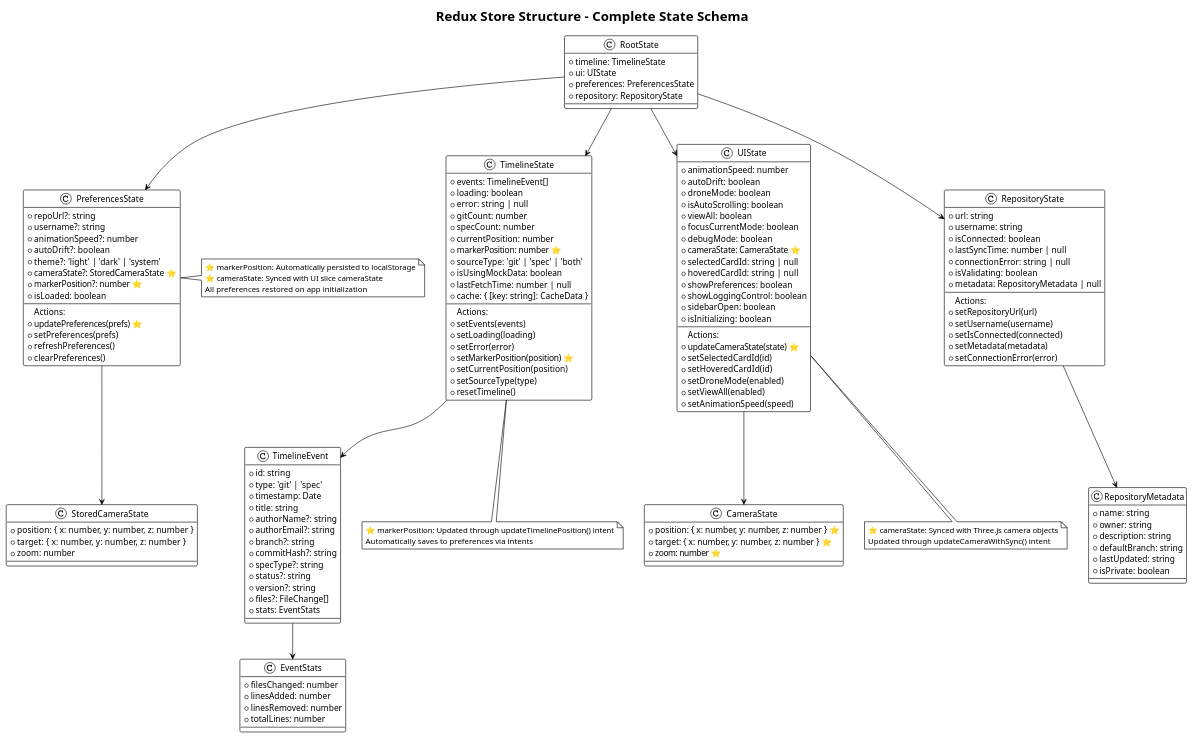
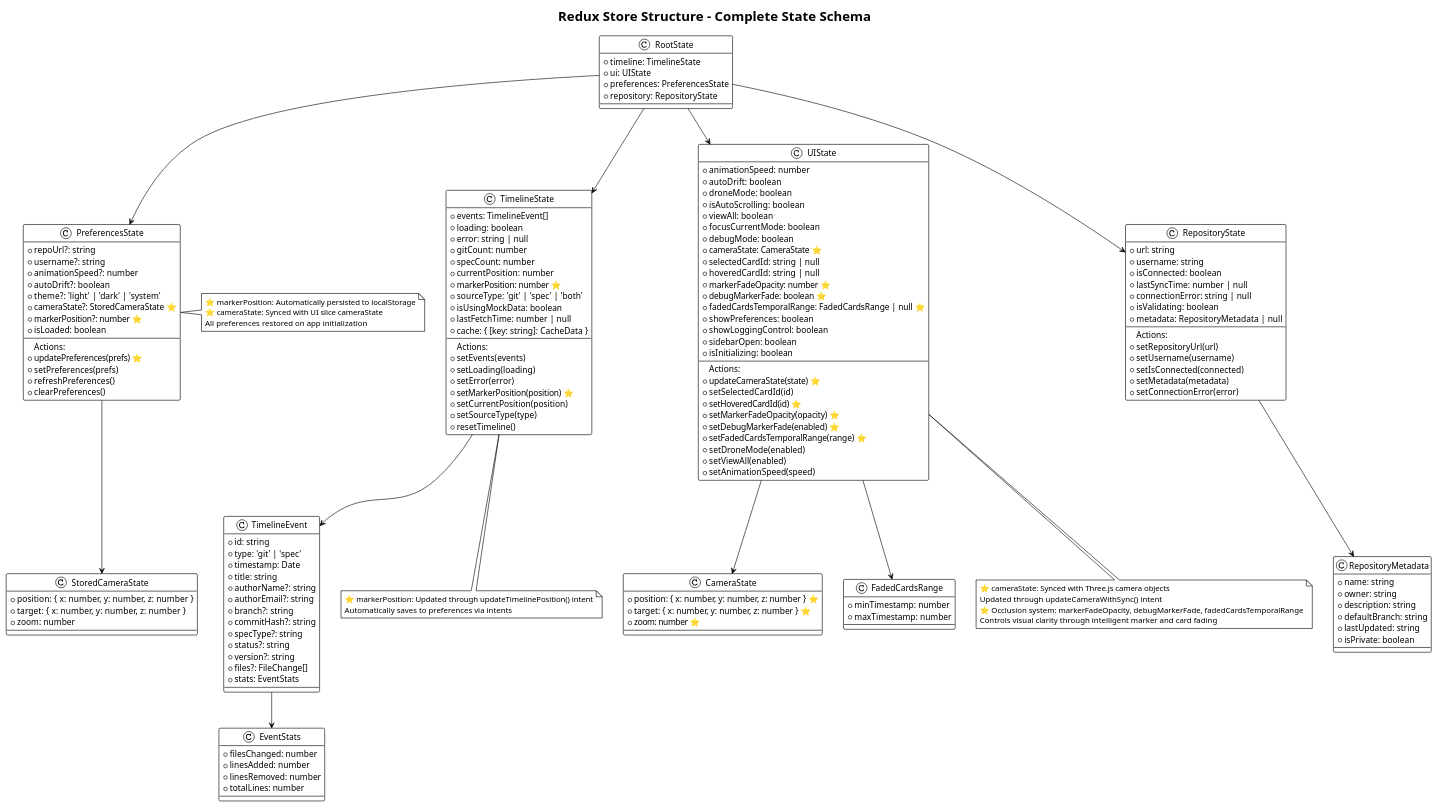
Before and after one commit to fwornle/timeline: the diagram in docs/puml/updated-redux-store.puml, drawn with PlantUML. The commit also changed 10 other files, not shown here.

```diff
--- a/docs/puml/updated-redux-store.puml
+++ b/docs/puml/updated-redux-store.puml
@@ -1,170 +1,184 @@
 @startuml updated-redux-store
 !theme plain
 skinparam backgroundColor #FFFFFF
 skinparam classStyle rectangle
 
 title Redux Store Structure - Complete State Schema
 
 class RootState {
   +timeline: TimelineState
   +ui: UIState
   +preferences: PreferencesState
   +repository: RepositoryState
 }
 
 class TimelineState {
   +events: TimelineEvent[]
   +loading: boolean
   +error: string | null
   +gitCount: number
   +specCount: number
   +currentPosition: number
   +markerPosition: number ⭐
   +sourceType: 'git' | 'spec' | 'both'
   +isUsingMockData: boolean
   +lastFetchTime: number | null
   +cache: { [key: string]: CacheData }
   --
   Actions:
   +setEvents(events)
   +setLoading(loading)
   +setError(error)
   +setMarkerPosition(position) ⭐
   +setCurrentPosition(position)
   +setSourceType(type)
   +resetTimeline()
 }
 
 class UIState {
   +animationSpeed: number
   +autoDrift: boolean
   +droneMode: boolean
   +isAutoScrolling: boolean
   +viewAll: boolean
   +focusCurrentMode: boolean
   +debugMode: boolean
   +cameraState: CameraState ⭐
   +selectedCardId: string | null
   +hoveredCardId: string | null
+  +markerFadeOpacity: number ⭐
+  +debugMarkerFade: boolean ⭐
+  +fadedCardsTemporalRange: FadedCardsRange | null ⭐
   +showPreferences: boolean
   +showLoggingControl: boolean
   +sidebarOpen: boolean
   +isInitializing: boolean
   --
   Actions:
   +updateCameraState(state) ⭐
   +setSelectedCardId(id)
-  +setHoveredCardId(id)
+  +setHoveredCardId(id) ⭐
+  +setMarkerFadeOpacity(opacity) ⭐
+  +setDebugMarkerFade(enabled) ⭐
+  +setFadedCardsTemporalRange(range) ⭐
   +setDroneMode(enabled)
   +setViewAll(enabled)
   +setAnimationSpeed(speed)
 }
 
 class RepositoryState {
   +url: string
   +username: string
   +isConnected: boolean
   +lastSyncTime: number | null
   +connectionError: string | null
   +isValidating: boolean
   +metadata: RepositoryMetadata | null
   --
   Actions:
   +setRepositoryUrl(url)
   +setUsername(username)
   +setIsConnected(connected)
   +setMetadata(metadata)
   +setConnectionError(error)
 }
 
 class PreferencesState {
   +repoUrl?: string
   +username?: string
   +animationSpeed?: number
   +autoDrift?: boolean
   +theme?: 'light' | 'dark' | 'system'
   +cameraState?: StoredCameraState ⭐
   +markerPosition?: number ⭐
   +isLoaded: boolean
   --
   Actions:
   +updatePreferences(prefs) ⭐
   +setPreferences(prefs)
   +refreshPreferences()
   +clearPreferences()
 }
 
 class CameraState {
   +position: { x: number, y: number, z: number } ⭐
   +target: { x: number, y: number, z: number } ⭐
   +zoom: number ⭐
 }
 
 class StoredCameraState {
   +position: { x: number, y: number, z: number }
   +target: { x: number, y: number, z: number }
   +zoom: number
 }
 
+class FadedCardsRange {
+  +minTimestamp: number
+  +maxTimestamp: number
+}
+
 class TimelineEvent {
   +id: string
   +type: 'git' | 'spec'
   +timestamp: Date
   +title: string
   +authorName?: string
   +authorEmail?: string
   +branch?: string
   +commitHash?: string
   +specType?: string
   +status?: string
   +version?: string
   +files?: FileChange[]
   +stats: EventStats
 }
 
 class EventStats {
   +filesChanged: number
   +linesAdded: number
   +linesRemoved: number
   +totalLines: number
 }
 
 class RepositoryMetadata {
   +name: string
   +owner: string
   +description: string
   +defaultBranch: string
   +lastUpdated: string
   +isPrivate: boolean
 }
 
 ' Relationships
 RootState --> TimelineState
 RootState --> UIState
 RootState --> RepositoryState
 RootState --> PreferencesState
 
 UIState --> CameraState
+UIState --> FadedCardsRange
 PreferencesState --> StoredCameraState
 TimelineState --> TimelineEvent
 TimelineEvent --> EventStats
 RepositoryState --> RepositoryMetadata
 
 ' Persistence relationships
 note right of PreferencesState
   ⭐ markerPosition: Automatically persisted to localStorage
   ⭐ cameraState: Synced with UI slice cameraState
   All preferences restored on app initialization
 end note
 
 note bottom of TimelineState
   ⭐ markerPosition: Updated through updateTimelinePosition() intent
   Automatically saves to preferences via intents
 end note
 
 note bottom of UIState
   ⭐ cameraState: Synced with Three.js camera objects
   Updated through updateCameraWithSync() intent
+  ⭐ Occlusion system: markerFadeOpacity, debugMarkerFade, fadedCardsTemporalRange
+  Controls visual clarity through intelligent marker and card fading
 end note
 
 @enduml
```
